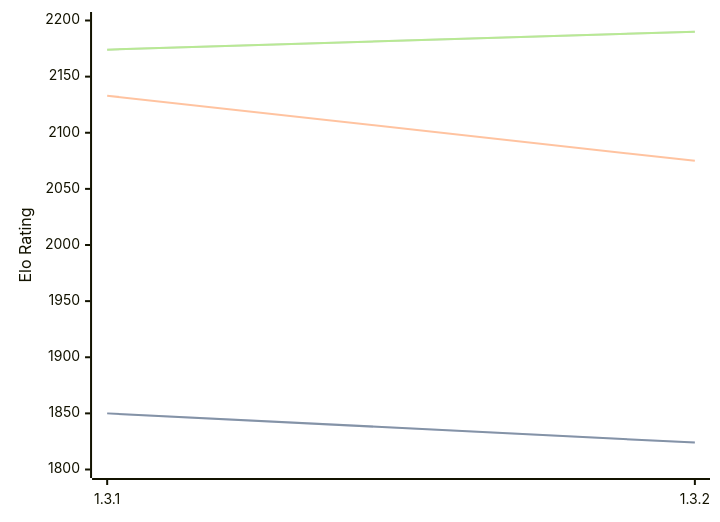
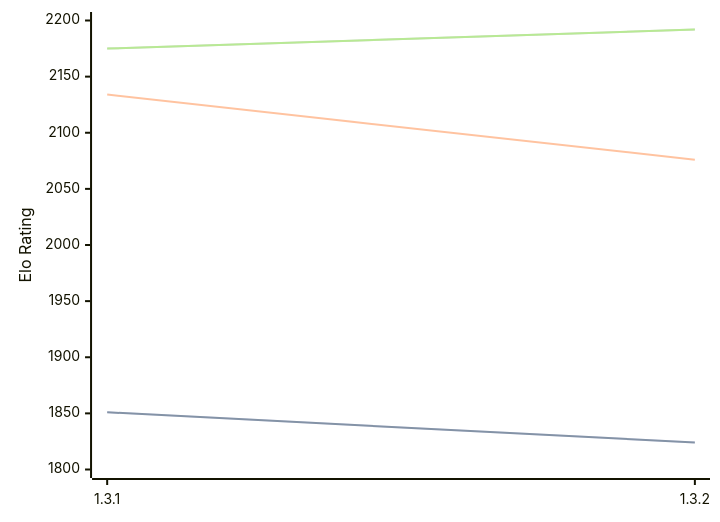
Before and after one commit to computer-chess-index/cci: the first of 3 diagrams in engines/Zugblitz.md, drawn with Mermaid. The commit also changed other lines of this file, not shown here.

Commit message:
Update CCI Ratings (ELO VLTC) - 2026-06-30

````diff
--- a/engines/Zugblitz.md
+++ b/engines/Zugblitz.md
@@ -32,11 +32,11 @@
 ```mermaid
 %%{init: {"theme":"base","themeVariables":{"seriesColors:['#a3a3a3','#222221','#faa371']}}}%%
 xychart-beta
   x-axis ["1.3.1", "1.3.2"]
   y-axis "Elo Rating" 1800 --> 2200
-  line "STC (8.0+0.08s)" [1850, 1824]
-  line "STC (8.0+0.08s)" [1850, 1824]
-  line "LTC (60.0+0.60s)" [2133, 2075]
-  line "VLTC (2m24s+1.12s)" [2174, 2190]
-  line "VLTC (2m24s+1.12s)" [2174, 2190]
+  line "STC (8.0+0.08s)" [1851, 1824]
+  line "STC (8.0+0.08s)" [1851, 1824]
+  line "LTC (60.0+0.60s)" [2134, 2076]
+  line "VLTC (2m24s+1.12s)" [2175, 2192]
+  line "VLTC (2m24s+1.12s)" [2175, 2192]
 ```
````
